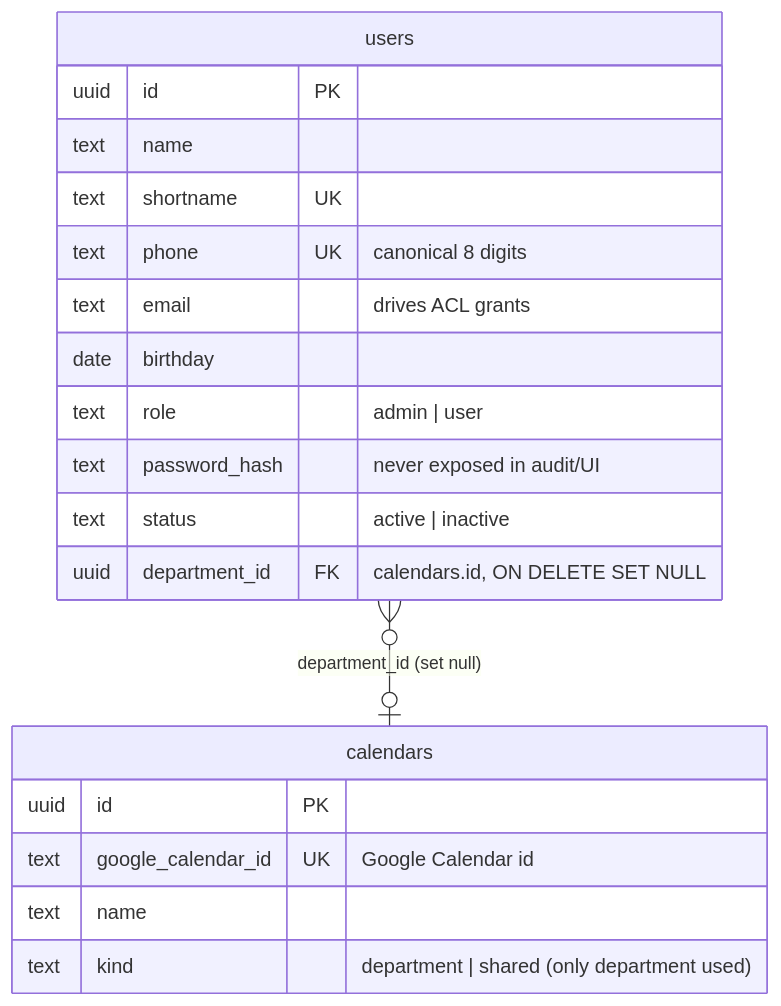
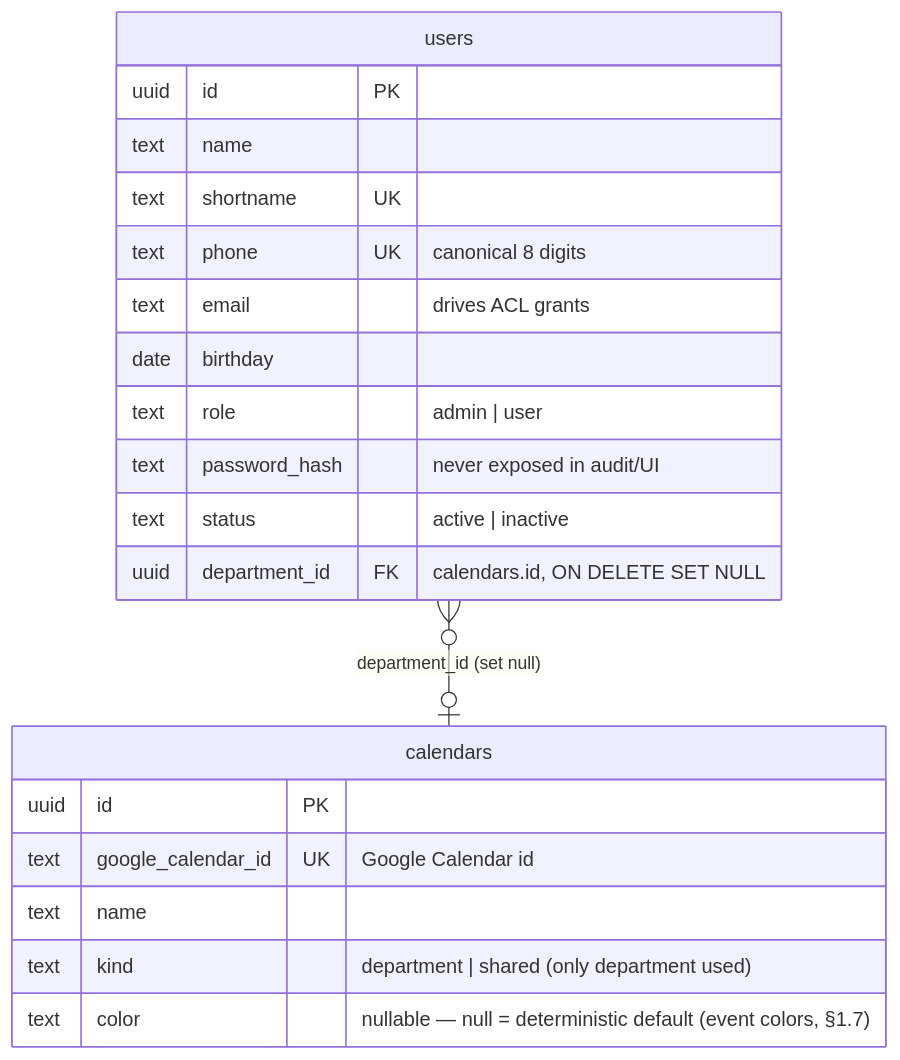
One commit to oncloudnintynineone-source/cloudy2 changed the second of 5 diagrams in docs/roster-sharing.md. Above: the diagram before and after it, drawn with Mermaid. The commit also changed other lines of this file and 17 other files, not shown here.

````diff
--- a/docs/roster-sharing.md
+++ b/docs/roster-sharing.md
@@ -98,22 +99,23 @@
 ```mermaid
 erDiagram
     calendars {
         uuid id PK
         text google_calendar_id UK "Google Calendar id"
         text name
         text kind "department | shared (only department used)"
+        text color "nullable — null = deterministic default (event colors, §1.7)"
     }
     users {
         uuid id PK
         text name
         text shortname UK
         text phone UK "canonical 8 digits"
         text email "drives ACL grants"
         date birthday
         text role "admin | user"
         text password_hash "never exposed in audit/UI"
         text status "active | inactive"
         uuid department_id FK "calendars.id, ON DELETE SET NULL"
     }
     users }o--o| calendars : "department_id (set null)"
 ```
````
